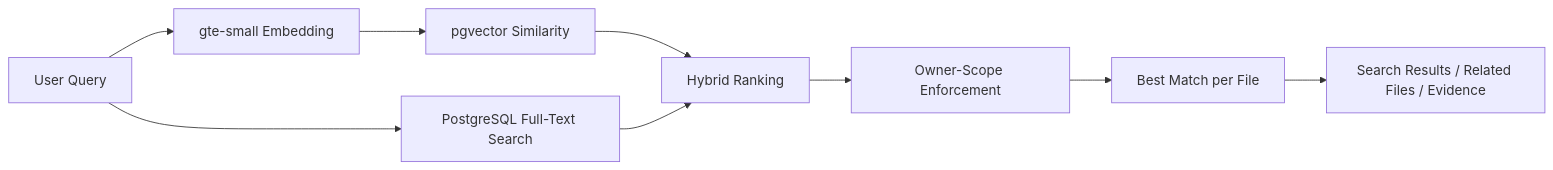
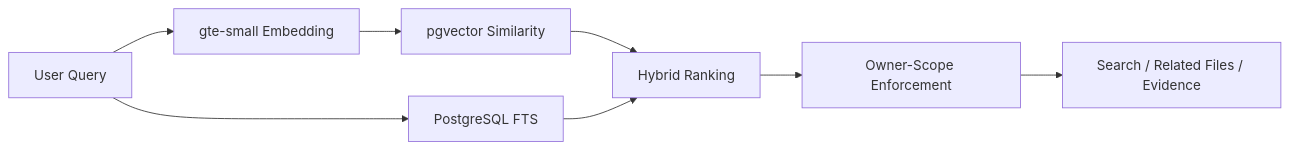
The fifth of 5 diagrams in README.md (adityamsr2606/CloudVault-Distributed-Cloud-Storage-Platform), drawn with Mermaid before and after one commit. The commit also changed other lines of this file, not shown here.

Commit message:
Shorten README while preserving CloudVault architecture and design

````diff
--- a/README.md
+++ b/README.md
@@ -1230,13 +355,10 @@
 ```mermaid
 flowchart LR
     Q[User Query] --> EMB[gte-small Embedding]
-    Q --> FTS[PostgreSQL Full-Text Search]
-
+    Q --> FTS[PostgreSQL FTS]
     EMB --> VEC[pgvector Similarity]
     VEC --> HYB[Hybrid Ranking]
     FTS --> HYB
-
     HYB --> OWN[Owner-Scope Enforcement]
-    OWN --> DEDUP[Best Match per File]
-    DEDUP --> OUT[Search Results / Related Files / Evidence]
+    OWN --> OUT[Search / Related Files / Evidence]
 ```
````
